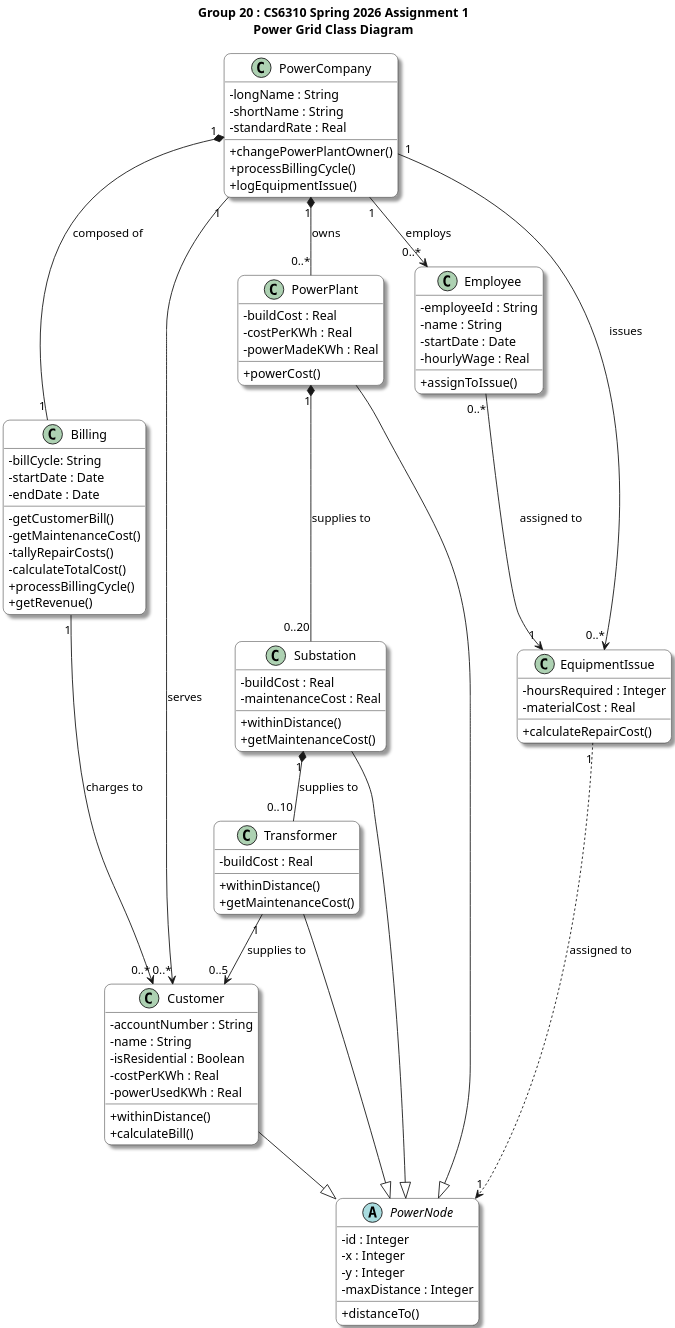
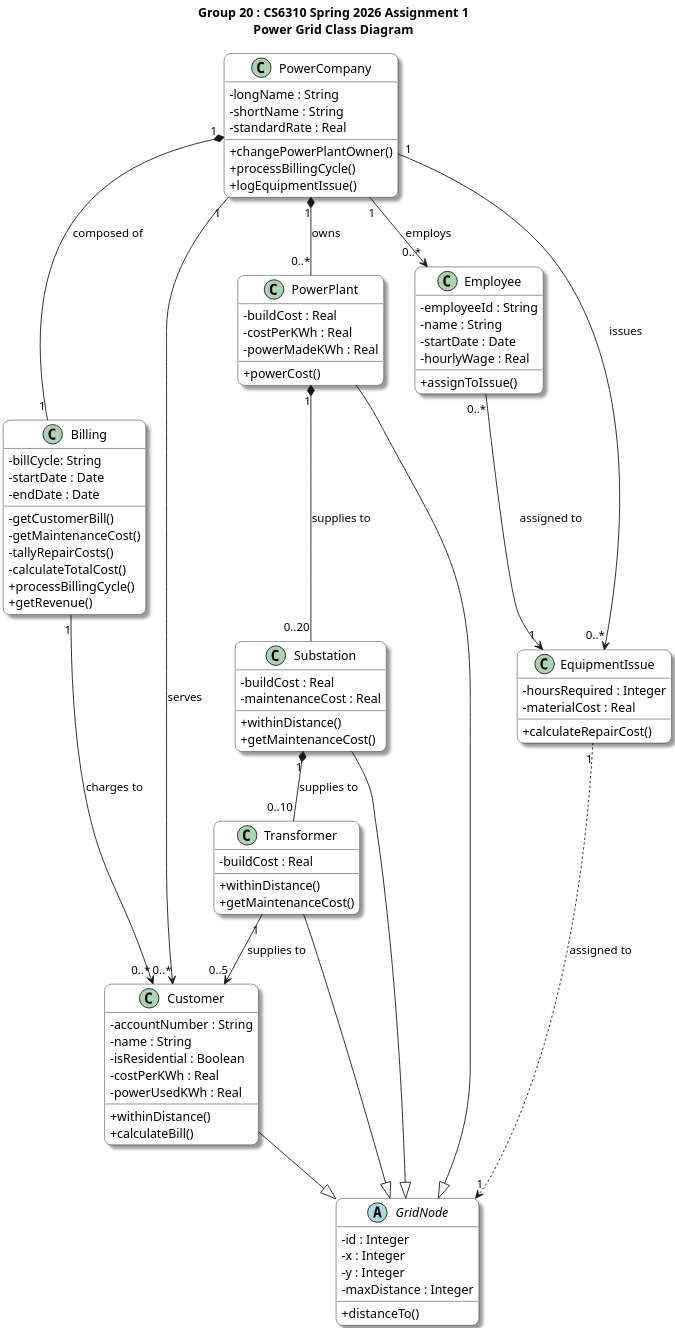
Before and after one commit to phrabit2/CS6310-Design-UML: the diagram in code/class_diagram_altered_from_Nick.puml, drawn with PlantUML.

Commit message:
Changed "PowerNode" to "GridNode"

```diff
--- a/code/class_diagram_altered_from_Nick.puml
+++ b/code/class_diagram_altered_from_Nick.puml
@@ -1,171 +1,171 @@
 @startuml Power Grid Class Diagram
 '!theme plain
 title Group 20 : CS6310 Spring 2026 Assignment 1\nPower Grid Class Diagram
 
 ' ALT - D for preview of the diagram
 
 
 /' Reminders and Guidelines
 
 - Max 10 classes
 - Required elements: attribute types, relationship types
 - REMOVE operation parameters and return types
 - Cardinalities required
 
 
 '/
 
 ' Display settings for the chart, itself
 'skinparam style strictuml
 skinparam shadowing true
 skinparam roundcorner 15
 skinparam classBackgroundColor white
 'skinparam classBorderColor black
 'skinparam ArrowColor black
 'skinparam LineColor black
 'skinparam defaultFontName "Arial"
 'skinparam linetype ortho
 skinparam dpi 250
 skinparam classAttributeIconSize 0
 
 'skinparam pageWidth 5000
 'skinparam pageHeight 5000
 skinparam pageSize A0
 
 'hide methods
 
 class PowerCompany {
   - longName : String
   - shortName : String
   - standardRate : Real
    + changePowerPlantOwner() 
    '(plant : PowerPlant, newOwner : PowerCompany)
    + processBillingCycle() 
    ' : Real
    + logEquipmentIssue() 
    ' (issue : EquipmentIssue) : void
 }
 
 class Billing {
   - billCycle: String
   - startDate : Date
   - endDate : Date
 '  - revenue : Real
    - getCustomerBill() 
    ' : Real
    - getMaintenanceCost() 
    ' : Real
    - tallyRepairCosts() 
    ' : Real
    - calculateTotalCost() 
    ' : Real
    + processBillingCycle() 
    ' : Real
    + getRevenue() 
    ' : Real
 }
 
-'PowerNode & Types
-abstract class PowerNode {
+'GridNode & Types
+abstract class GridNode {
   - id : Integer 
   - x : Integer
   - y : Integer
   - maxDistance : Integer
    + distanceTo() 
    ' (other : Location) : Integer
 }
 
 class Customer {
   - accountNumber : String
   - name : String
   - isResidential : Boolean
   - costPerKWh : Real
   - powerUsedKWh : Real
  ' - maxDistance : Real
    + withinDistance() 
    ' (transformer Transformer) : Bool
    + calculateBill() 
    ': Real
 }
 
 class PowerPlant {
 '  - plantId : String
   - buildCost : Real
   - costPerKWh : Real
   - powerMadeKWh : Real
    + powerCost() 
    ' : Real
 }
 
 class Substation {
 '  - substationId : String
   - buildCost : Real
   - maintenanceCost : Real
 '  - maxDistance : Real
    + withinDistance() 
    ' (powerPlant PowerPlant) : Bool
    + getMaintenanceCost() 
    ' : Real
 }
 
 class Transformer {
 '  - transformerId : String
   - buildCost : Real
 '  - maxDistance : Real
    + withinDistance() 
    '(substation Substation) : Bool
    + getMaintenanceCost() 
    ': Real
 }
 
 'EquipmentIssue & Employee
 class Employee {
   - employeeId : String
   - name : String
   - startDate : Date
   - hourlyWage : Real
    + assignToIssue() 
    ' (issue : EquipmentIssue) : void
 }
 
 class EquipmentIssue {
   - hoursRequired : Integer
   - materialCost : Real
    + calculateRepairCost() 
    ' (wage : Real) : Real
 }
 
 
 ' PowerCompany basic relationsihps
 PowerCompany "1" --> "0..*" Customer : serves
 PowerCompany "1" *-- "0..*" PowerPlant : owns
 PowerCompany "1" --> "0..*" Employee : employs
 PowerCompany "1" --> "0..*" EquipmentIssue : issues
 PowerCompany "1" *-- "1" Billing : composed of
 
 ' Billing relationships
 'Billing "1" o-- "1" PowerCompany
 Billing "1" --> "0..*" Customer : charges to
 'Billing "1" o-- "0..*" PowerPlant
 'Billing "1" o-- "0..*" Substation
 'Billing "1" o-- "0..*" Transformer
 'Billing "1" o-- "0..*" EquipmentIssue
 
 ' Power chain from PowerPlant to Customer
 PowerPlant "1" *-- "0..20" Substation : supplies to
 Substation "1" *-- "0..10" Transformer : supplies to
 Transformer "1" --> "0..5" Customer : supplies to
 
 ' Equipment
 Employee "0..*" --> "1" EquipmentIssue : assigned to
-EquipmentIssue "1" ..> "1" PowerNode : assigned to
+EquipmentIssue "1" ..> "1" GridNode : assigned to
 
-' PowerNode Parent
-Customer --|> PowerNode
-PowerPlant --|> PowerNode
-Substation --|> PowerNode
-Transformer --|> PowerNode
+' GridNode Parent
+Customer --|> GridNode
+PowerPlant --|> GridNode
+Substation --|> GridNode
+Transformer --|> GridNode
 
 
 
 @enduml
```
